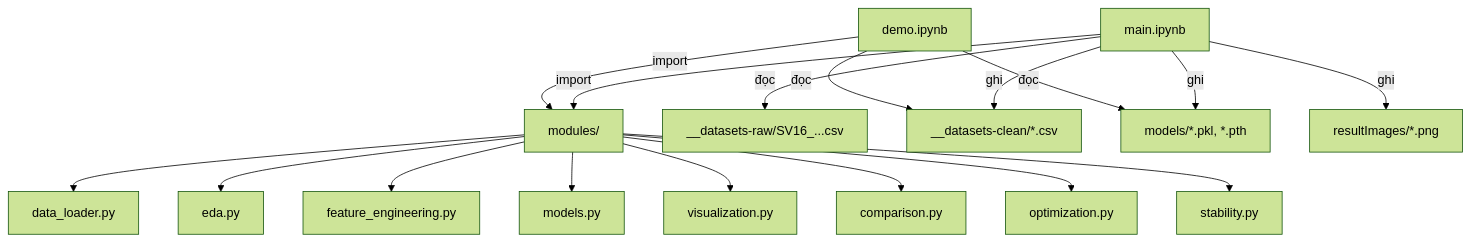
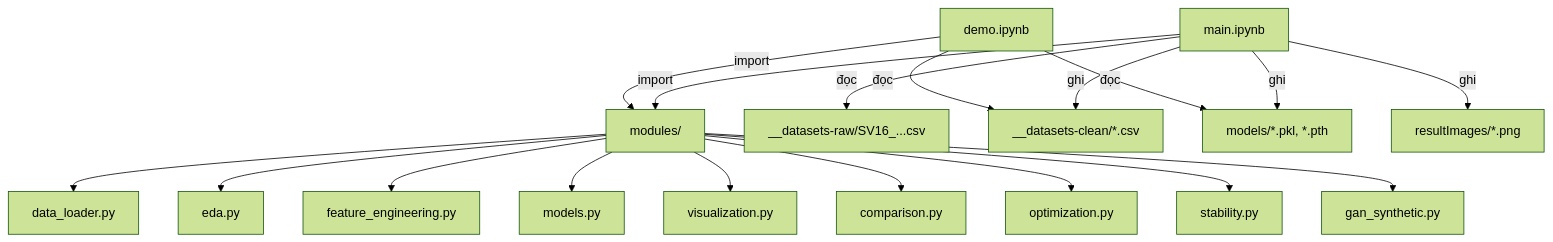
Before and after one commit to Elaina69/Project_Machine-Learning: the first of 2 diagrams in .docs/workflow.md, drawn with Mermaid (forest theme). The commit also changed other lines of this file and 11 other files, not shown here.

````diff
--- a/.docs/workflow.md
+++ b/.docs/workflow.md
@@ -5,21 +5,22 @@
 ```mermaid
 graph TD
     A["main.ipynb"] -->|import| B["modules/"]
     B --> B1["data_loader.py"]
     B --> B2["eda.py"]
     B --> B3["feature_engineering.py"]
     B --> B4["models.py"]
     B --> B5["visualization.py"]
     B --> B6["comparison.py"]
     B --> B7["optimization.py"]
     B --> B8["stability.py"]
+    B --> B9["gan_synthetic.py"]
 
     A -->|đọc| C["__datasets-raw/SV16_...csv"]
     A -->|ghi| D["__datasets-clean/*.csv"]
     A -->|ghi| E["models/*.pkl, *.pth"]
     A -->|ghi| F["resultImages/*.png"]
 
     G["demo.ipynb"] -->|đọc| D
     G -->|đọc| E
     G -->|import| B
 ```
````
